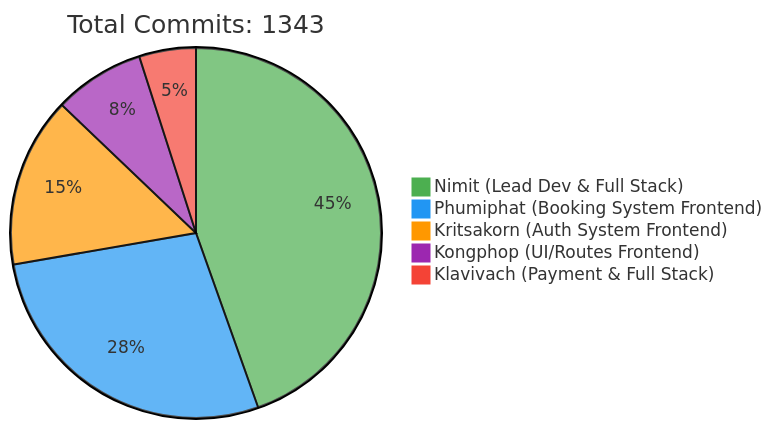
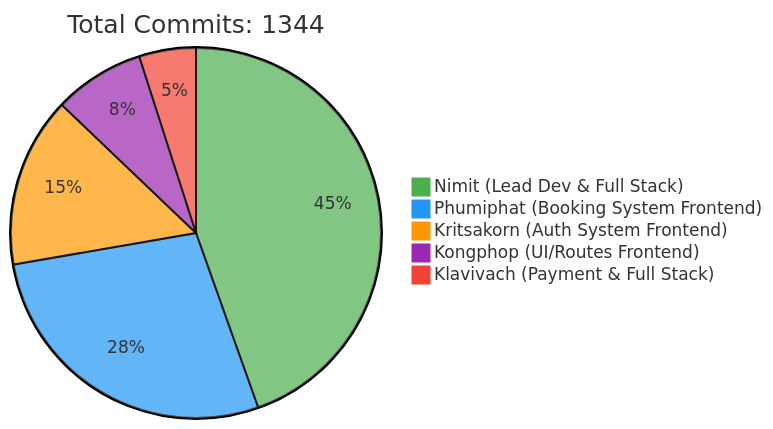
Before and after one commit to 6531503042/Sport-Complex: the first of 2 diagrams in README.md, drawn with Mermaid. The commit also changed other lines of this file, not shown here.

Commit message:
docs: Update contributor statistics [skip ci]

````diff
--- a/README.md
+++ b/README.md
@@ -257,10 +257,10 @@
 ```mermaid
 %%{init: {'theme': 'base', 'themeVariables': { 'pie1': '#4CAF50', 'pie2': '#2196F3', 'pie3': '#FF9800', 'pie4': '#9C27B0', 'pie5': '#F44336'}}}%%
 pie
-    title Total Commits: 1343
+    title Total Commits: 1344
     "Nimit (Lead Dev & Full Stack)" : 450
     "Phumiphat (Booking System Frontend)" : 280
     "Kritsakorn (Auth System Frontend)" : 150
     "Kongphop (UI/Routes Frontend)" : 80
     "Klavivach (Payment & Full Stack)" : 50
 ```
````
